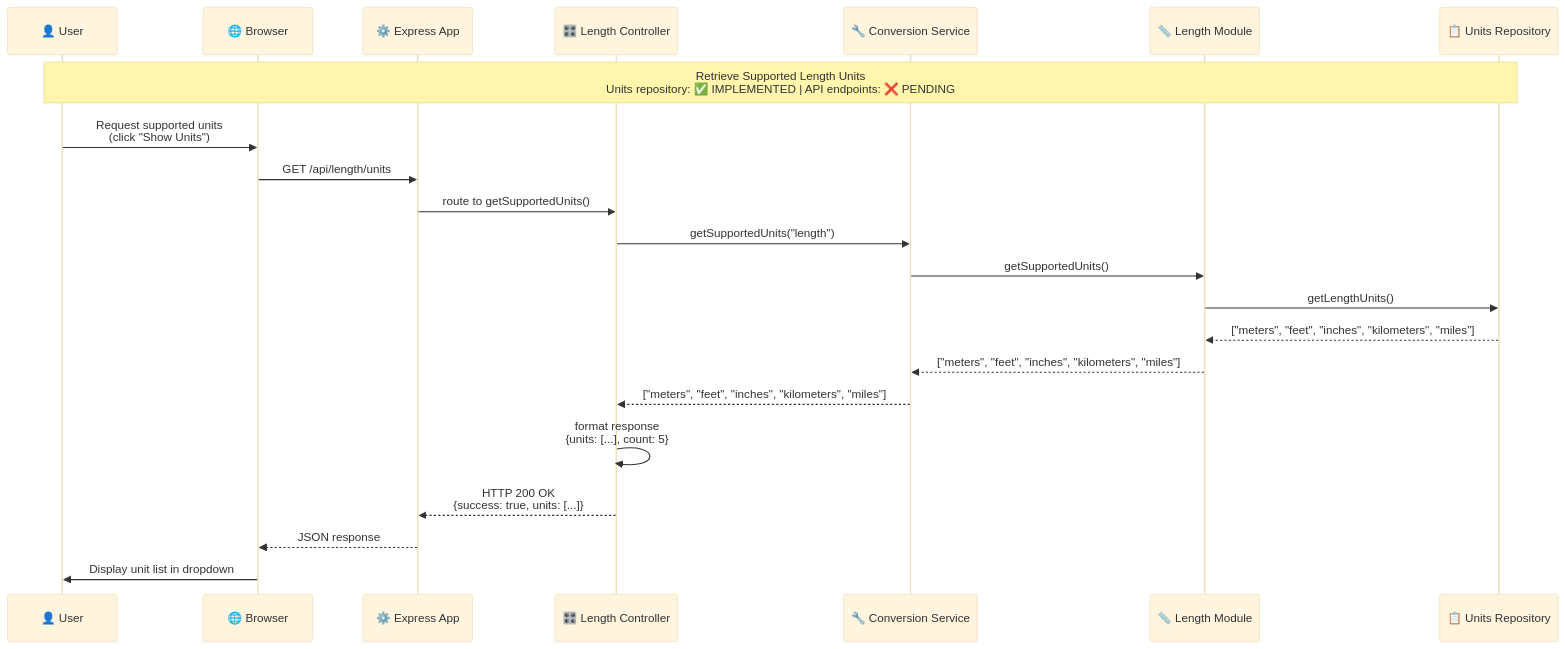
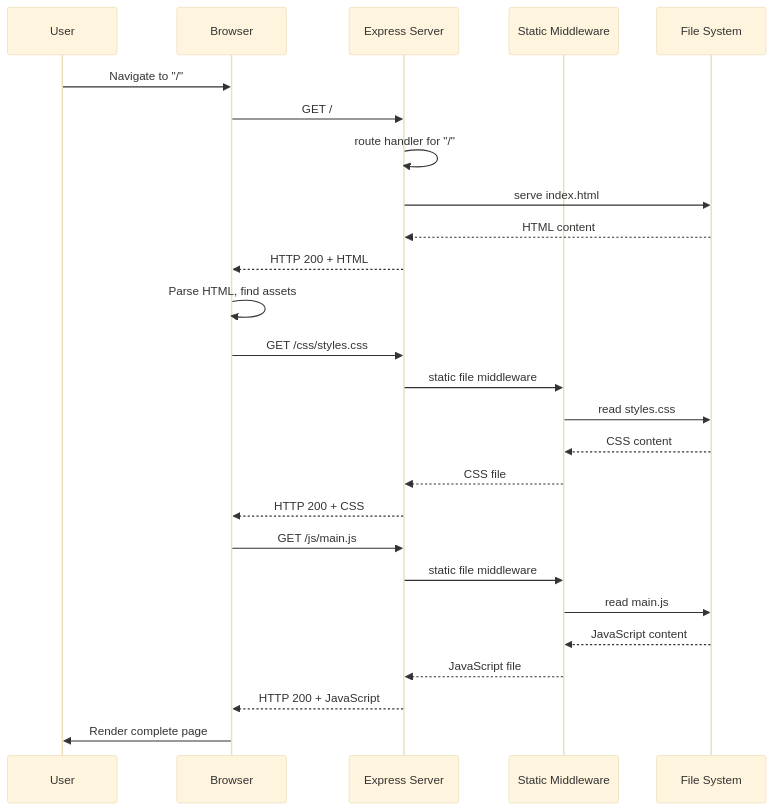
One commit to Shockp/Backend-Projects changed the fifth of 5 diagrams in unit-converter/uml-diagrams/SequenceDiagram.md. Above: the diagram before and after it, drawn with Mermaid (base theme). The commit also changed other lines of this file and 5 other files, not shown here.

````diff
--- a/unit-converter/uml-diagrams/SequenceDiagram.md
+++ b/unit-converter/uml-diagrams/SequenceDiagram.md
@@ -141,28 +167,32 @@
 ```mermaid
 sequenceDiagram
-    participant User as 👤 User
-    participant Browser as 🌐 Browser
-    participant App as ⚙️ Express App
-    participant LC as 🎛️ Length Controller
-    participant CS as 🔧 Conversion Service
-    participant LM as 📏 Length Module
-    participant UR as 📋 Units Repository
+    participant User as User
+    participant Browser as Browser
+    participant Express as Express Server
+    participant Static as Static Middleware
+    participant FS as File System
 
-    Note over User, UR: Retrieve Supported Length Units<br/>Units repository: ✅ IMPLEMENTED | API endpoints: ❌ PENDING
-
-    User->>Browser: Request supported units<br/>(click "Show Units")
-    Browser->>App: GET /api/length/units
-    App->>LC: route to getSupportedUnits()
+    User->>Browser: Navigate to "/"
+    Browser->>Express: GET /
+    Express->>Express: route handler for "/"
+    Express->>FS: serve index.html
+    FS-->>Express: HTML content
+    Express-->>Browser: HTTP 200 + HTML
     
-    LC->>CS: getSupportedUnits("length")
-    CS->>LM: getSupportedUnits()
-    LM->>UR: getLengthUnits()
-    UR-->>LM: ["meters", "feet", "inches", "kilometers", "miles"]
-    LM-->>CS: ["meters", "feet", "inches", "kilometers", "miles"]
-    CS-->>LC: ["meters", "feet", "inches", "kilometers", "miles"]
+    Browser->>Browser: Parse HTML, find assets
+    Browser->>Express: GET /css/styles.css
+    Express->>Static: static file middleware
+    Static->>FS: read styles.css
+    FS-->>Static: CSS content
+    Static-->>Express: CSS file
+    Express-->>Browser: HTTP 200 + CSS
     
-    LC->>LC: format response<br/>{units: [...], count: 5}
-    LC-->>App: HTTP 200 OK<br/>{success: true, units: [...]}
-    App-->>Browser: JSON response
-    Browser->>User: Display unit list in dropdown
+    Browser->>Express: GET /js/main.js
+    Express->>Static: static file middleware
+    Static->>FS: read main.js
+    FS-->>Static: JavaScript content
+    Static-->>Express: JavaScript file
+    Express-->>Browser: HTTP 200 + JavaScript
+    
+    Browser->>User: Render complete page
 ```
````
